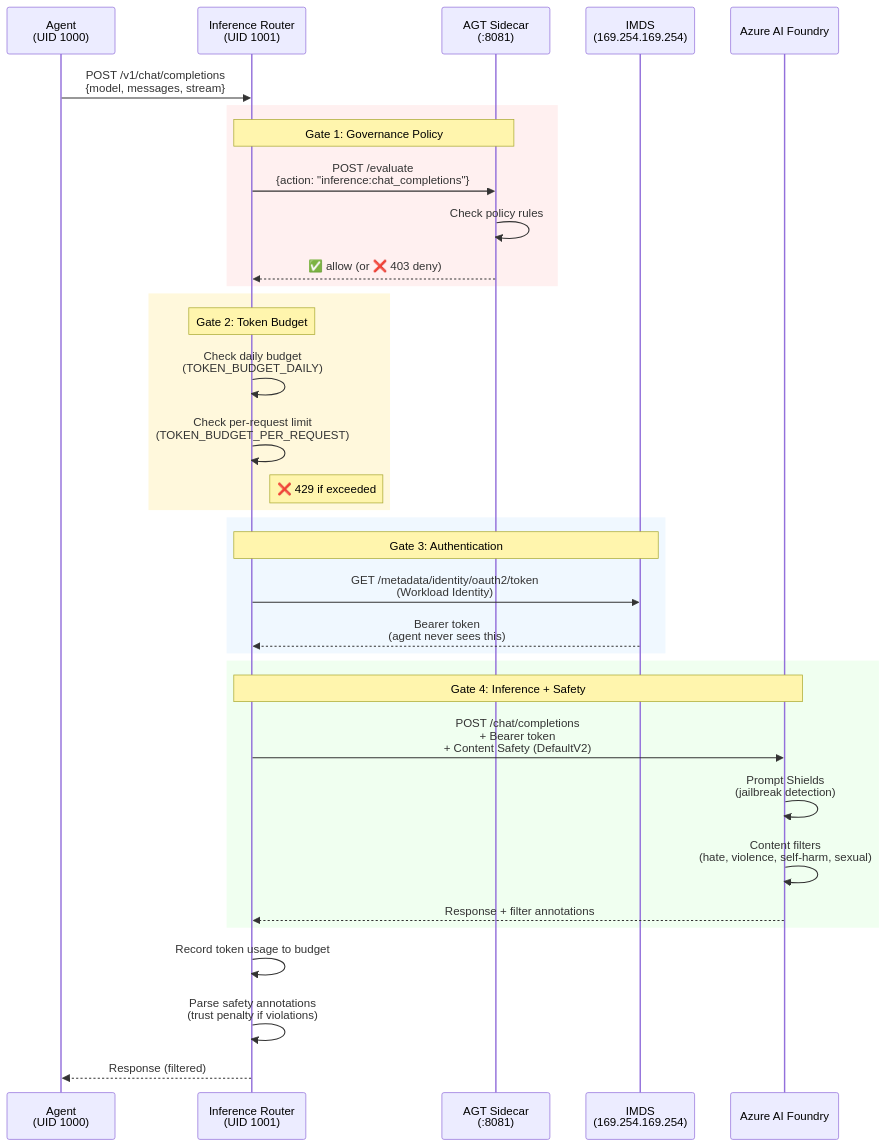
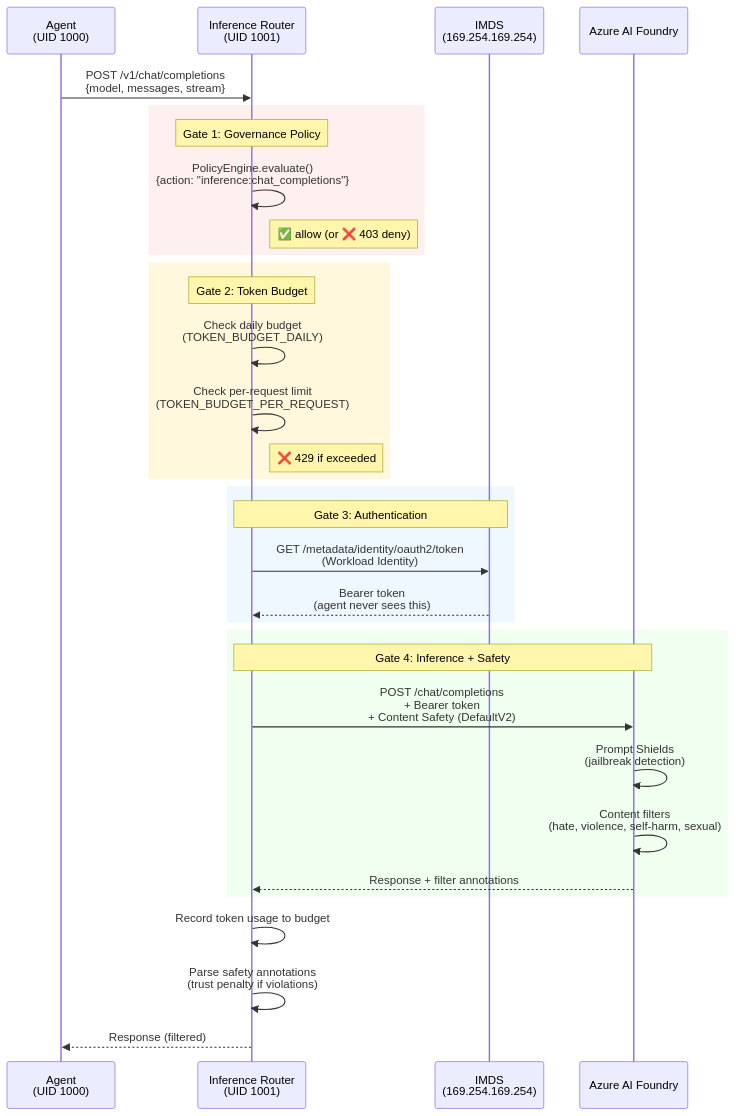
Before and after one commit to Azure/kars: the eighth of 13 diagrams in docs/architecture-diagrams.md, drawn with Mermaid. The commit also changed other lines of this file and 35 other files, not shown here.

````diff
--- a/docs/architecture-diagrams.md
+++ b/docs/architecture-diagrams.md
@@ -300,42 +295,40 @@
 ```mermaid
 sequenceDiagram
     participant Agent as Agent<br/>(UID 1000)
     participant Router as Inference Router<br/>(UID 1001)
-    participant AGT as AGT Sidecar<br/>(:8081)
     participant IMDS as IMDS<br/>(169.254.169.254)
     participant Foundry as Azure AI Foundry
 
     Agent->>Router: POST /v1/chat/completions<br/>{model, messages, stream}
 
     rect rgb(255, 240, 240)
-        Note over Router,AGT: Gate 1: Governance Policy
-        Router->>AGT: POST /evaluate<br/>{action: "inference:chat_completions"}
-        AGT->>AGT: Check policy rules
-        AGT-->>Router: ✅ allow (or ❌ 403 deny)
+        Note over Router: Gate 1: Governance Policy
+        Router->>Router: PolicyEngine.evaluate()<br/>{action: "inference:chat_completions"}
+        Note right of Router: ✅ allow (or ❌ 403 deny)
     end
 
     rect rgb(255, 248, 220)
         Note over Router: Gate 2: Token Budget
         Router->>Router: Check daily budget<br/>(TOKEN_BUDGET_DAILY)
         Router->>Router: Check per-request limit<br/>(TOKEN_BUDGET_PER_REQUEST)
         Note right of Router: ❌ 429 if exceeded
     end
 
     rect rgb(240, 248, 255)
         Note over Router,IMDS: Gate 3: Authentication
         Router->>IMDS: GET /metadata/identity/oauth2/token<br/>(Workload Identity)
         IMDS-->>Router: Bearer token<br/>(agent never sees this)
     end
 
     rect rgb(240, 255, 240)
         Note over Router,Foundry: Gate 4: Inference + Safety
         Router->>Foundry: POST /chat/completions<br/>+ Bearer token<br/>+ Content Safety (DefaultV2)
         Foundry->>Foundry: Prompt Shields<br/>(jailbreak detection)
         Foundry->>Foundry: Content filters<br/>(hate, violence, self-harm, sexual)
         Foundry-->>Router: Response + filter annotations
     end
 
     Router->>Router: Record token usage to budget
     Router->>Router: Parse safety annotations<br/>(trust penalty if violations)
     Router-->>Agent: Response (filtered)
 ```
````
